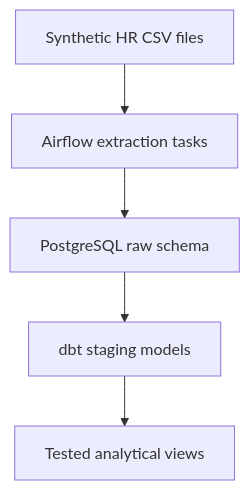
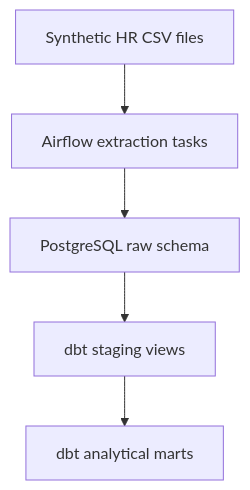
The diagram in README.md (gregorio-valverde/data-platform-airflow-dbt-elt), drawn with Mermaid before and after one commit. The commit also changed other lines of this file, not shown here.

````diff
--- a/README.md
+++ b/README.md
@@ -7,7 +7,7 @@
 ```mermaid
 flowchart TD
     A["Synthetic HR CSV files"] --> B["Airflow extraction tasks"]
     B --> C["PostgreSQL raw schema"]
-    C --> D["dbt staging models"]
-    D --> E["Tested analytical views"]
+    C --> D["dbt staging views"]
+    D --> E["dbt analytical marts"]
 ```
````
